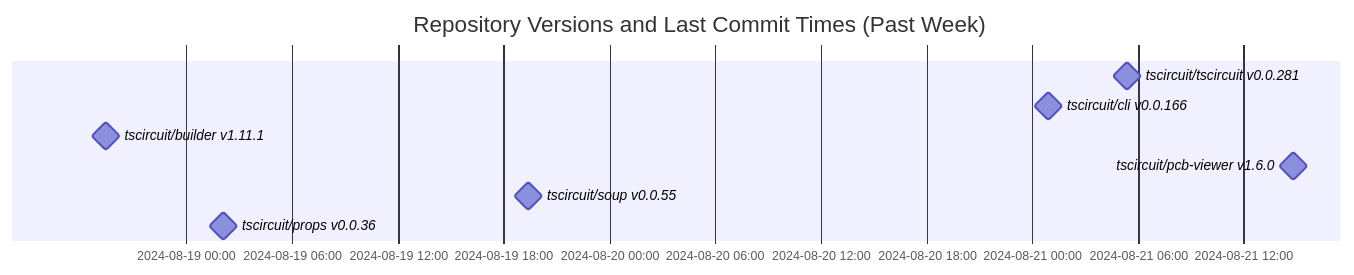
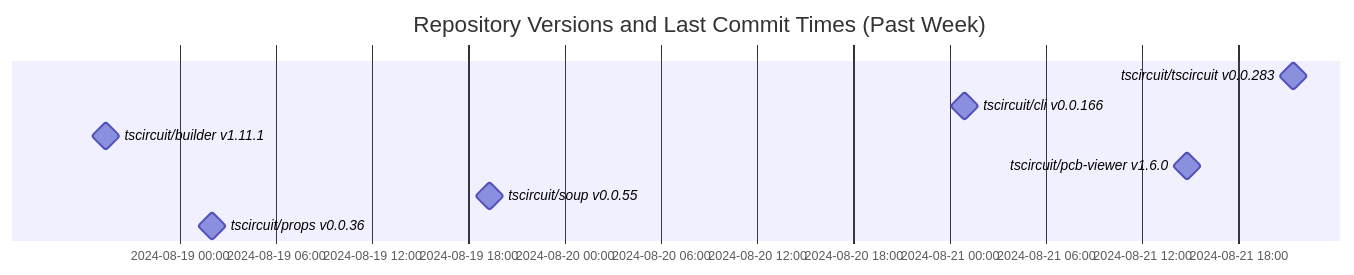
Before and after one commit to tscircuit/version-tracker: the diagram in README.md, drawn with Mermaid.

Commit message:
Update chart

````diff
--- a/README.md
+++ b/README.md
@@ -1,13 +1,13 @@
 ```mermaid
 gantt
   dateFormat  YYYY-MM-DD HH:mm:ss
   title Repository Versions and Last Commit Times (Past Week)
   axisFormat %Y-%m-%d %H:%M
 
-  tscircuit/tscircuit v0.0.281 : milestone, 2024-08-21 05:23:30, 1s
+  tscircuit/tscircuit v0.0.283 : milestone, 2024-08-21 21:23:58, 1s
   tscircuit/cli v0.0.166 : milestone, 2024-08-21 00:55:12, 1s
   tscircuit/builder v1.11.1 : milestone, 2024-08-18 19:26:24, 1s
   tscircuit/pcb-viewer v1.6.0 : milestone, 2024-08-21 14:48:25, 1s
   tscircuit/soup v0.0.55 : milestone, 2024-08-19 19:22:24, 1s
   tscircuit/props v0.0.36 : milestone, 2024-08-19 02:05:19, 1s
 ```
````
